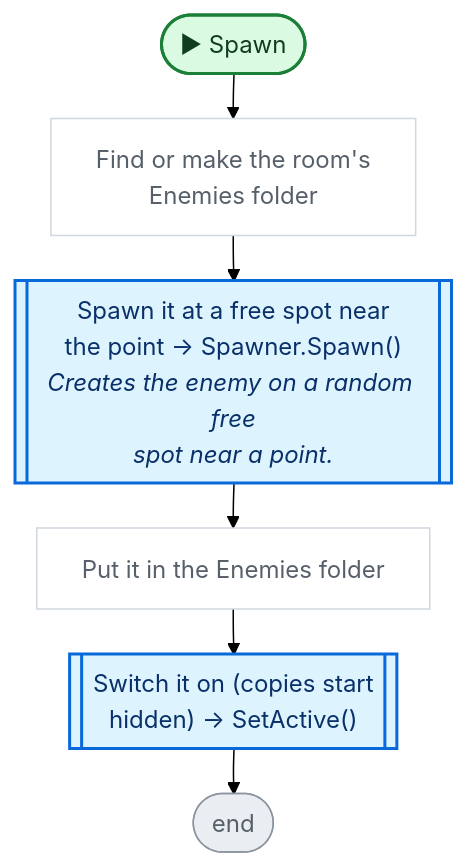
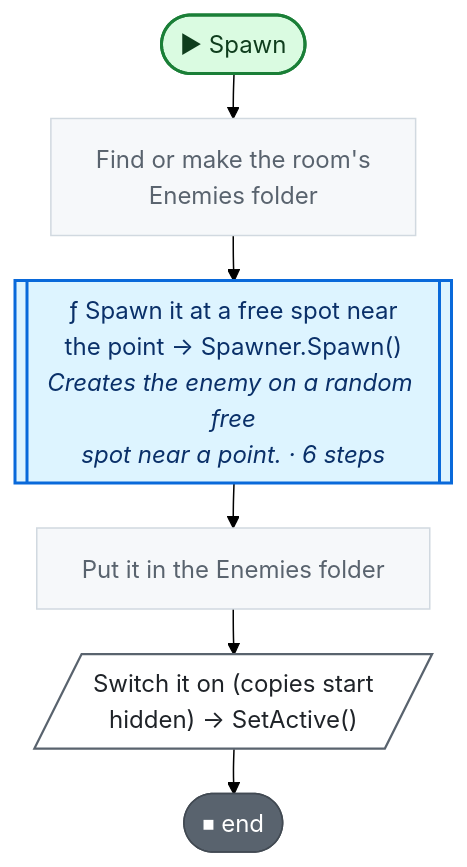
Before and after one commit to nataiai/Lord-of-the-Dungeon: the second of 2 diagrams in CodeGraph~/graph/Map/DungeonRoom.cs.md, drawn with Mermaid (forest theme). The commit also changed other lines of this file and 57 other files, not shown here.

````diff
--- a/CodeGraph~/graph/Map/DungeonRoom.cs.md
+++ b/CodeGraph~/graph/Map/DungeonRoom.cs.md
@@ -42,39 +44,40 @@
 ```mermaid
 ---
 config:
   flowchart:
     wrappingWidth: 260
     nodeSpacing: 26
     rankSpacing: 30
 ---
 flowchart TD
   nS(["▶ Spawn"])
   n31b928["Find or make the room's<br>Enemies folder"]
-  nfa33b5[["Spawn it at a free spot near<br>the point → Spawner.Spawn()<br><i>Creates the enemy on a random free</i><br><i>spot near a point.</i>"]]
+  nfa33b5[["ƒ Spawn it at a free spot near<br>the point → Spawner.Spawn()<br><i>Creates the enemy on a random free</i><br><i>spot near a point. · 6 steps</i>"]]
   nf82de9["Put it in the Enemies folder"]
-  n6d3258[["Switch it on (copies start<br>hidden) → SetActive()"]]
-  nE(["end"])
+  n6d3258[/"Switch it on (copies start<br>hidden) → SetActive()"/]
+  nE(["⏹ end"])
   nS --> n31b928
   n31b928 --> nfa33b5
   nfa33b5 --> nf82de9
   nf82de9 --> n6d3258
   n6d3258 --> nE
   classDef unity fill:#dafbe1,stroke:#1a7f37,stroke-width:2px,color:#0f3d1d
   classDef start fill:#dafbe1,stroke:#1a7f37,stroke-width:2px,color:#0f3d1d
-  classDef calc fill:#ffffff,stroke:#d0d7de,color:#57606a
+  classDef calc fill:#f6f8fa,stroke:#d1d9e0,color:#59636e
   classDef calls fill:#ddf4ff,stroke:#0969da,stroke-width:2px,color:#0a3069
-  classDef ext fill:#ddf4ff,stroke:#0969da,stroke-width:2px,stroke-dasharray:5 3,color:#0a3069
-  classDef cond fill:#fff8c5,stroke:#bf8700,stroke-width:1.5px,color:#3d2a00
-  classDef loop fill:#f6f8fa,stroke:#57606a,color:#1f2328
-  classDef exit fill:#ffebe9,stroke:#cf222e,color:#82071e
+  classDef ext fill:#f6f8fa,stroke:#59636e,stroke-width:1.5px,stroke-dasharray:5 5,color:#1f2328
+  classDef cond fill:#fff8c5,stroke:#9a6700,stroke-width:1.5px,color:#3d2a00
+  classDef loop fill:#fff8c5,stroke:#9a6700,color:#3d2a00
+  classDef wait fill:#fff8c5,stroke:#9a6700,color:#3d2a00
+  classDef exit fill:#59636e,stroke:#424a53,color:#ffffff
+  classDef fin fill:#59636e,stroke:#424a53,color:#ffffff
+  classDef act fill:#ffffff,stroke:#59636e,stroke-width:1.5px,color:#1f2328
   classDef kill fill:#ffebe9,stroke:#cf222e,stroke-width:2px,color:#82071e
-  classDef spawn fill:#dafbe1,stroke:#1a7f37,stroke-width:2px,color:#0f3d1d
-  classDef wait fill:#fff1e5,stroke:#bc4c00,color:#4d1d00
-  classDef fin fill:#eaeef2,stroke:#8c959f,color:#57606a
   classDef join fill:#d0d7de,stroke:#8c959f,color:#57606a
   classDef ghdr fill:#f5f9ff,stroke:#f5f9ff,color:#0a3069,font-weight:bold
+  class n6d3258 act
   class n31b928,nf82de9 calc
-  class nfa33b5,n6d3258 calls
+  class nfa33b5 calls
   class nE fin
   class nS start
 ```
````
